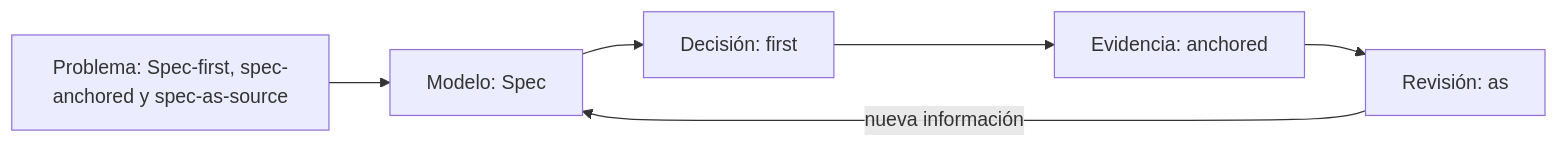
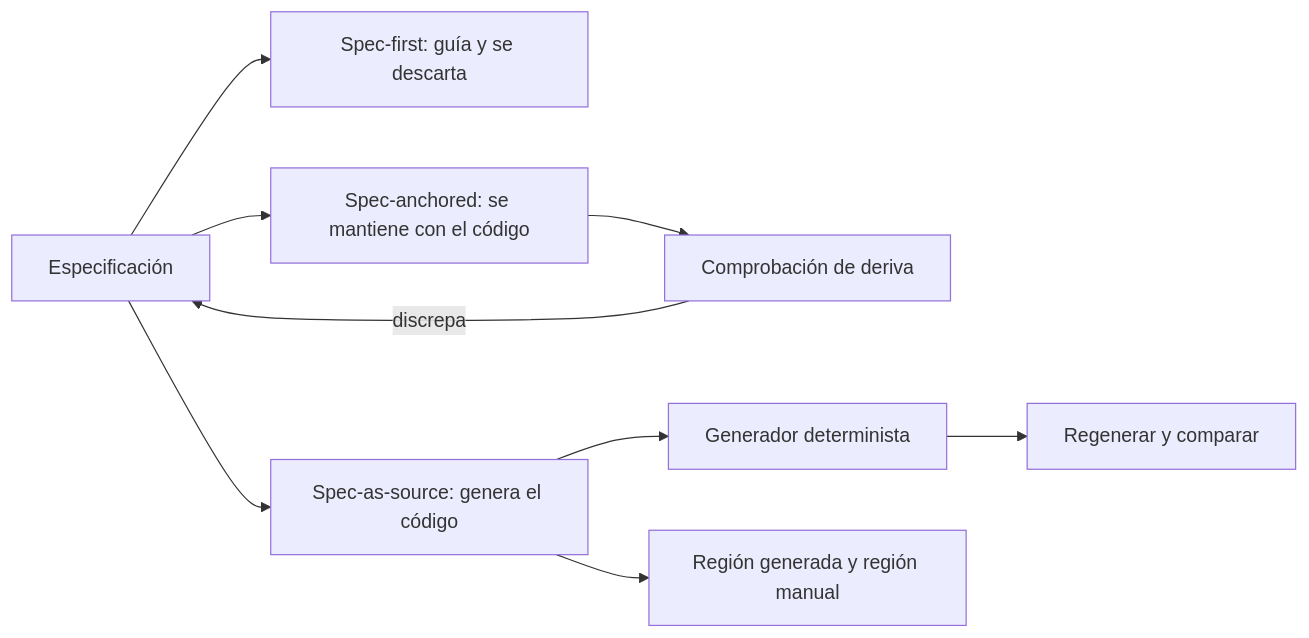
The diagram in classes/part-13-especificaciones-contratos-y-modelos/se-165-spec-first-spec-anchored-y-spec-as-source/README.md (vladimiracunadev-create/modern-software-engineering-program), drawn with Mermaid before and after one commit. The commit also changed other lines of this file and 117 other files, not shown here.

````diff
--- a/classes/part-13-especificaciones-contratos-y-modelos/se-165-spec-first-spec-anchored-y-spec-as-source/README.md
+++ b/classes/part-13-especificaciones-contratos-y-modelos/se-165-spec-first-spec-anchored-y-spec-as-source/README.md
@@ -40,8 +53,11 @@
 ```mermaid
 flowchart LR
-    P["Problema: Spec-first, spec-anchored y spec-as-source"] --> M["Modelo: Spec"]
-    M --> D["Decisión: first"]
-    D --> E["Evidencia: anchored"]
-    E --> R["Revisión: as"]
-    R -->|nueva información| M
+    A[Especificación] --> B[Spec-first: guía y se descarta]
+    A --> C[Spec-anchored: se mantiene con el código]
+    A --> D[Spec-as-source: genera el código]
+    C --> E[Comprobación de deriva]
+    D --> F[Generador determinista]
+    D --> G[Región generada y región manual]
+    E -->|discrepa| A
+    F --> H[Regenerar y comparar]
 ```
````
